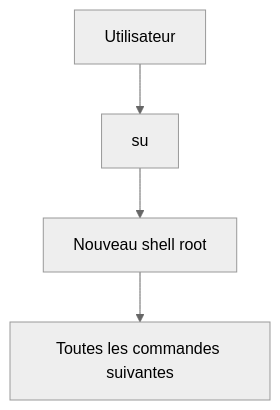
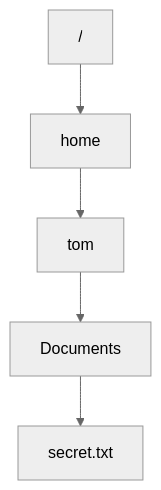
The tenth of 21 diagrams in campagne 1/1.7.md (tdelaclos/formations), drawn with Mermaid (neutral theme) before and after one commit. The commit also changed other lines of this file, not shown here.

````diff
--- a/campagne 1/1.7.md
+++ b/campagne 1/1.7.md
@@ -292,15 +518,18 @@
 ```mermaid
 flowchart TD
 
-A["Utilisateur"]
+A["/"]
 
-B["su"]
+B["home"]
 
-C["Nouveau shell root"]
+C["tom"]
 
-D["Toutes les commandes suivantes"]
+D["Documents"]
+
+E["secret.txt"]
 
 A --> B
 B --> C
 C --> D
+D --> E
 ```
````
